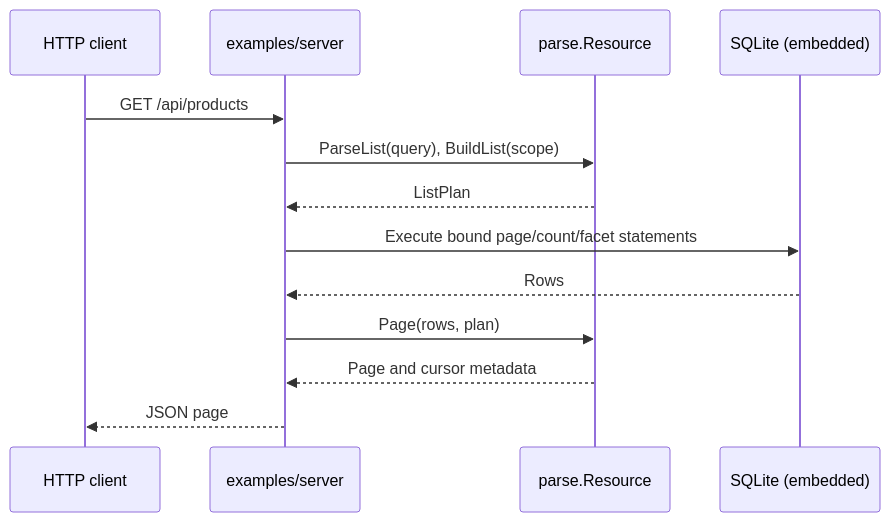
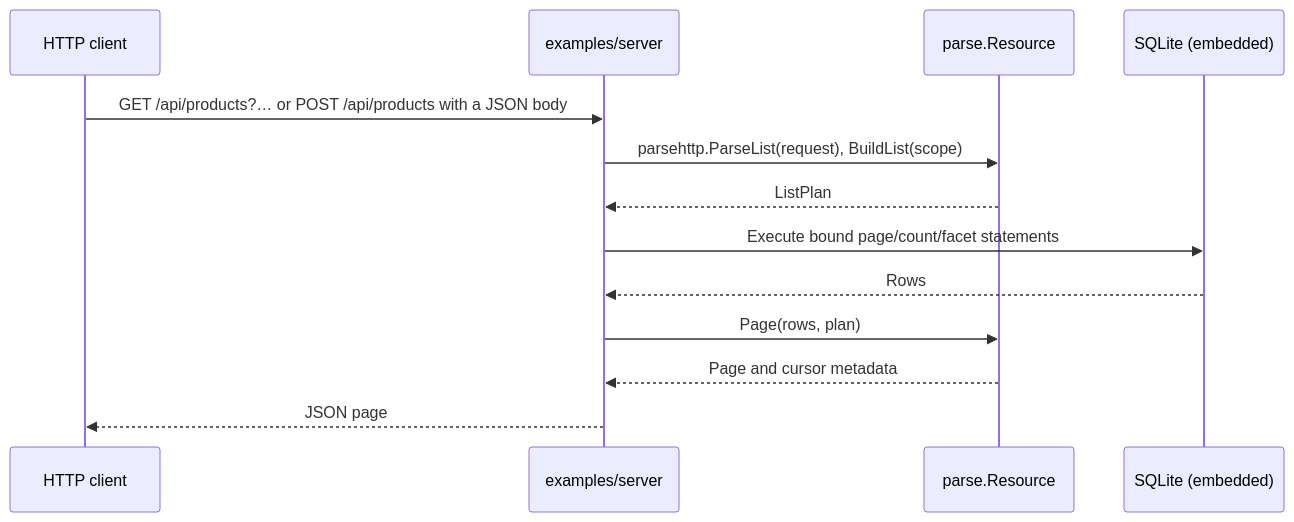
Before and after one commit to ashtonian/pkg: the second of 2 diagrams in parse/examples/server/README.md, drawn with Mermaid. The commit also changed other lines of this file and 3 other files, not shown here.

First line of the commit message:
fix(parse): serve POST lists in the example server

````diff
--- a/parse/examples/server/README.md
+++ b/parse/examples/server/README.md
@@ -48,15 +53,15 @@
 ```mermaid
 sequenceDiagram
     participant C as HTTP client
     participant H as examples/server
     participant R as parse.Resource
     participant DB as SQLite (embedded)
-    C->>H: GET /api/products
-    H->>R: ParseList(query), BuildList(scope)
+    C->>H: GET /api/products?… or POST /api/products with a JSON body
+    H->>R: parsehttp.ParseList(request), BuildList(scope)
     R-->>H: ListPlan
     H->>DB: Execute bound page/count/facet statements
     DB-->>H: Rows
     H->>R: Page(rows, plan)
     R-->>H: Page and cursor metadata
     H-->>C: JSON page
 ```
````
